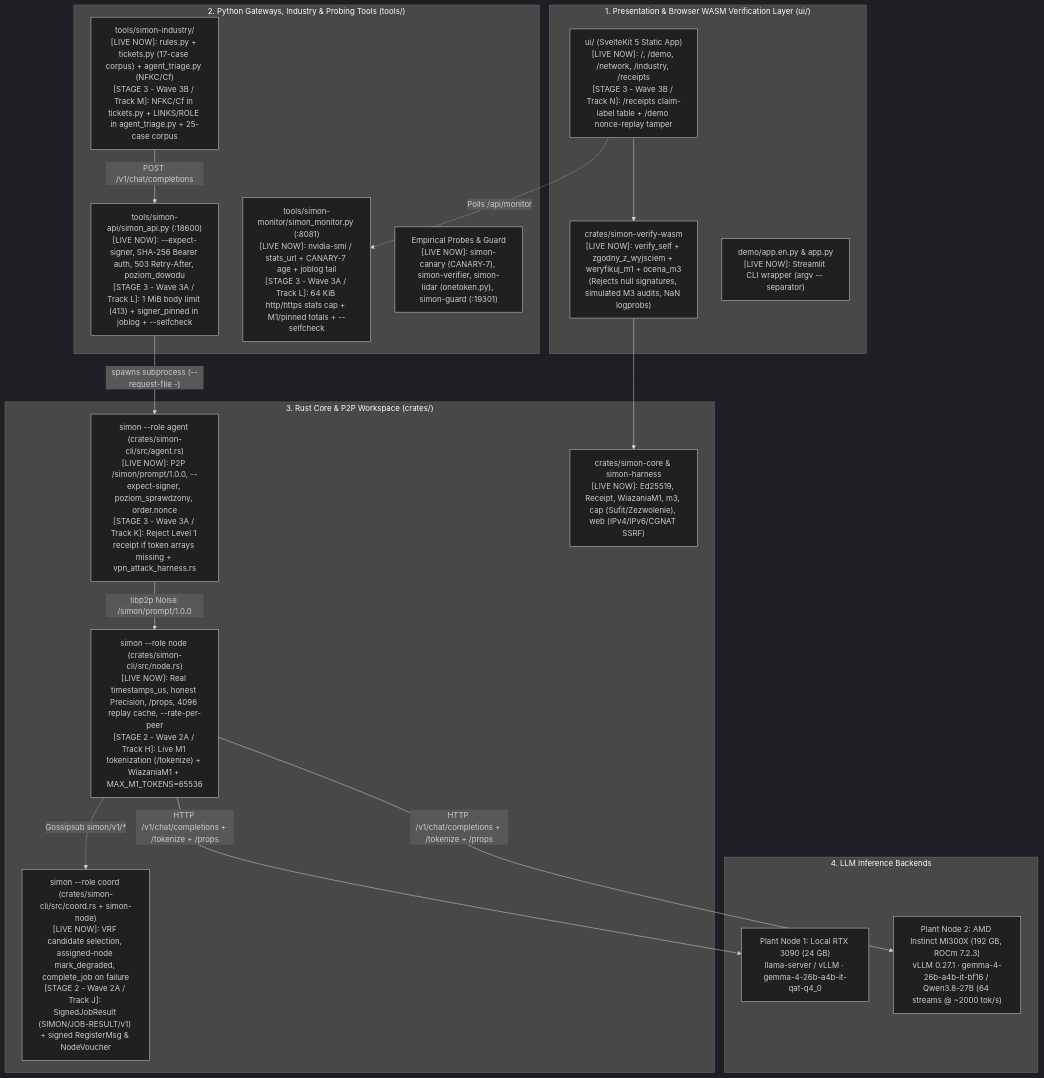
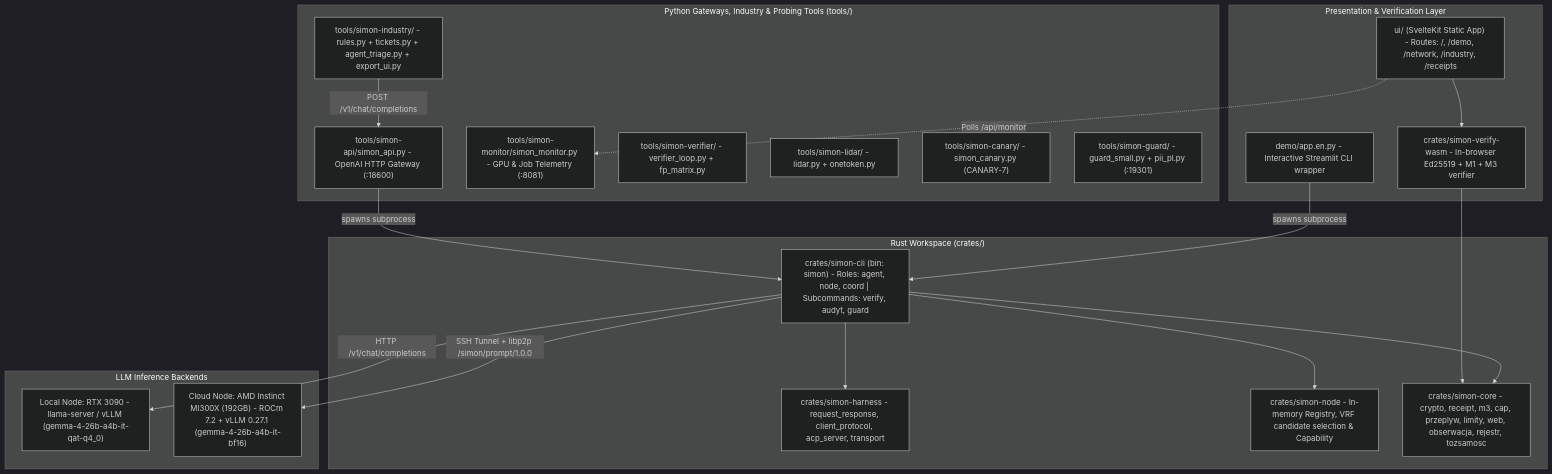
One commit to filipzarzynski/SIMPN_ARGON_HANDOWER changed the first of 5 diagrams in 01_ARCHITECTURE_AND_DATA_FLOWS.md. Above: the diagram before and after it, drawn with Mermaid (dark theme). The commit also changed other lines of this file and 4 other files, not shown here.

Commit message:
docs(arch): restore concise Mermaid-heavy 01_ARCHITECTURE_AND_DATA_FLOWS.md (10/10 mermaid.parse verified) and split team sync wave brief into 08_TEAM_SYNC_ARCHITECTURE_AND_WAVE_BRIEF.md

````diff
--- a/01_ARCHITECTURE_AND_DATA_FLOWS.md
+++ b/01_ARCHITECTURE_AND_DATA_FLOWS.md
@@ -34,37 +9,42 @@
 ```mermaid
 flowchart TB
-    subgraph UI_Layer["1. Presentation & Browser WASM Verification Layer (ui/)"]
-        SvelteUI["ui/ (SvelteKit 5 Static App)<br/>[LIVE NOW]: /, /demo, /network, /industry, /receipts<br/>[STAGE 3 - Wave 3B / Track N]: /receipts claim-label table + /demo nonce-replay tamper"]
-        WASM["crates/simon-verify-wasm<br/>[LIVE NOW]: verify_self + zgodny_z_wyjsciem + weryfikuj_m1 + ocena_m3<br/>(Rejects null signatures, simulated M3 audits, NaN logprobs)"]
-        Streamlit["demo/app.en.py & app.py<br/>[LIVE NOW]: Streamlit CLI wrapper (argv -- separator)"]
+    subgraph UI_Layer["Presentation & Verification Layer"]
+        SvelteUI["ui/ (SvelteKit Static App) - Routes: /, /demo, /network, /industry, /receipts"]
+        WASM["crates/simon-verify-wasm - In-browser Ed25519 + M1 + M3 verifier"]
+        Streamlit["demo/app.en.py - Interactive Streamlit CLI wrapper"]
     end
 
-    subgraph Gateway_Tools["2. Python Gateways, Industry & Probing Tools (tools/)"]
-        Industry["tools/simon-industry/<br/>[LIVE NOW]: rules.py + tickets.py (17-case corpus) + agent_triage.py (NFKC/Cf)<br/>[STAGE 3 - Wave 3B / Track M]: NFKC/Cf in tickets.py + LINKS/ROLE in agent_triage.py + 25-case corpus"]
-        API["tools/simon-api/simon_api.py (:18600)<br/>[LIVE NOW]: --expect-signer, SHA-256 Bearer auth, 503 Retry-After, poziom_dowodu<br/>[STAGE 3 - Wave 3A / Track L]: 1 MiB body limit (413) + signer_pinned in joblog + --selfcheck"]
-        Monitor["tools/simon-monitor/simon_monitor.py (:8081)<br/>[LIVE NOW]: nvidia-smi / stats_url + CANARY-7 age + joblog tail<br/>[STAGE 3 - Wave 3A / Track L]: 64 KiB http/https stats cap + M1/pinned totals + --selfcheck"]
-        Probes["Empirical Probes & Guard<br/>[LIVE NOW]: simon-canary (CANARY-7), simon-verifier, simon-lidar (onetoken.py), simon-guard (:19301)"]
+    subgraph Gateway_Tools["Python Gateways, Industry & Probing Tools (tools/)"]
+        Industry["tools/simon-industry/ - rules.py + tickets.py + agent_triage.py + export_ui.py"]
+        API["tools/simon-api/simon_api.py - OpenAI HTTP Gateway (:18600)"]
+        Monitor["tools/simon-monitor/simon_monitor.py - GPU & Job Telemetry (:8081)"]
+        Verifier["tools/simon-verifier/ - verifier_loop.py + fp_matrix.py"]
+        Lidar["tools/simon-lidar/ - lidar.py + onetoken.py"]
+        Canary["tools/simon-canary/ - simon_canary.py (CANARY-7)"]
+        Guard["tools/simon-guard/ - guard_small.py + pii_pl.py (:19301)"]
     end
 
-    subgraph Rust_Workspace["3. Rust Core & P2P Workspace (crates/)"]
-        CLI_Agent["simon --role agent (crates/simon-cli/src/agent.rs)<br/>[LIVE NOW]: P2P /simon/prompt/1.0.0, --expect-signer, poziom_sprawdzony, order.nonce<br/>[STAGE 3 - Wave 3A / Track K]: Reject Level 1 receipt if token arrays missing + vpn_attack_harness.rs"]
-        CLI_Node["simon --role node (crates/simon-cli/src/node.rs)<br/>[LIVE NOW]: Real timestamps_us, honest Precision, /props, 4096 replay cache, --rate-per-peer<br/>[STAGE 2 - Wave 2A / Track H]: Live M1 tokenization (/tokenize) + WiazaniaM1 + MAX_M1_TOKENS=65536"]
-        CLI_Coord["simon --role coord (crates/simon-cli/src/coord.rs + simon-node)<br/>[LIVE NOW]: VRF candidate selection, assigned-node mark_degraded, complete_job on failure<br/>[STAGE 2 - Wave 2A / Track J]: SignedJobResult (SIMON/JOB-RESULT/v1) + signed RegisterMsg & NodeVoucher"]
-        Core["crates/simon-core & simon-harness<br/>[LIVE NOW]: Ed25519, Receipt, WiazaniaM1, m3, cap (Sufit/Zezwolenie), web (IPv4/IPv6/CGNAT SSRF)"]
+    subgraph Rust_Workspace["Rust Workspace (crates/)"]
+        CLI["crates/simon-cli (bin: simon) - Roles: agent, node, coord | Subcommands: verify, audyt, guard"]
+        Harness["crates/simon-harness - request_response, client_protocol, acp_server, transport"]
+        NodeReg["crates/simon-node - In-memory Registry, VRF candidate selection & Capability"]
+        Core["crates/simon-core - crypto, receipt, m3, cap, przeplyw, limity, web, obserwacja, rejestr, tozsamosc"]
     end
 
-    subgraph Hardware_Backends["4. LLM Inference Backends"]
-        RTX3090["Plant Node 1: Local RTX 3090 (24 GB)<br/>llama-server / vLLM · gemma-4-26b-a4b-it-qat-q4_0"]
-        MI300X["Plant Node 2: AMD Instinct MI300X (192 GB, ROCm 7.2.3)<br/>vLLM 0.27.1 · gemma-4-26b-a4b-it-bf16 / Qwen3.8-27B (64 streams @ ~2000 tok/s)"]
+    subgraph Hardware_Backends["LLM Inference Backends"]
+        RTX3090["Local Node: RTX 3090 - llama-server / vLLM (gemma-4-26b-a4b-it-qat-q4_0)"]
+        MI300X["Cloud Node: AMD Instinct MI300X (192GB) - ROCm 7.2 + vLLM 0.27.1 (gemma-4-26b-a4b-it-bf16)"]
     end
 
     SvelteUI --> WASM
     WASM --> Core
     SvelteUI -. "Polls /api/monitor" .-> Monitor
     Industry -- "POST /v1/chat/completions" --> API
-    API -- "spawns subprocess (--request-file -)" --> CLI_Agent
-    CLI_Agent -- "libp2p Noise /simon/prompt/1.0.0" --> CLI_Node
-    CLI_Node -. "Gossipsub simon/v1/*" .-> CLI_Coord
-    CLI_Node -- "HTTP /v1/chat/completions + /tokenize + /props" --> RTX3090
-    CLI_Node -- "HTTP /v1/chat/completions + /tokenize + /props" --> MI300X
+    API -- "spawns subprocess" --> CLI
+    Streamlit -- "spawns subprocess" --> CLI
+    CLI --> Harness
+    CLI --> NodeReg
+    CLI --> Core
+    CLI -- "HTTP /v1/chat/completions" --> RTX3090
+    CLI -- "SSH Tunnel + libp2p /simon/prompt/1.0.0" --> MI300X
 ```
````
